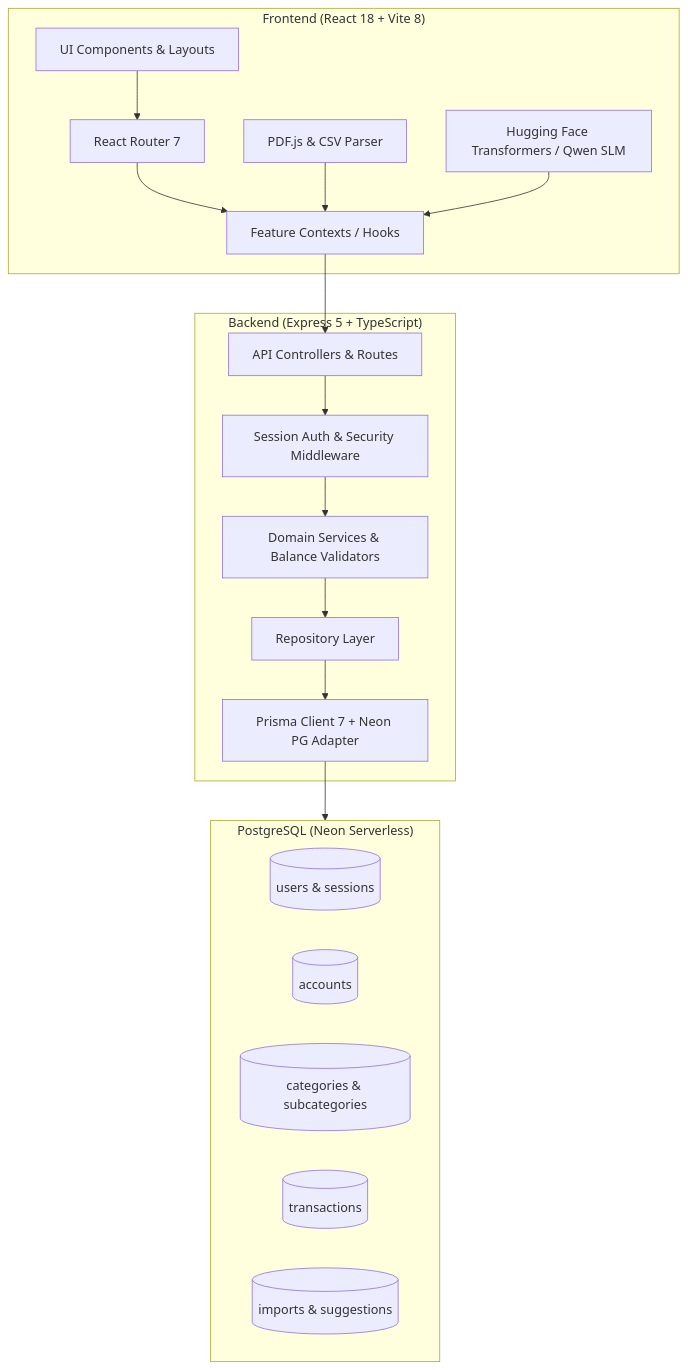
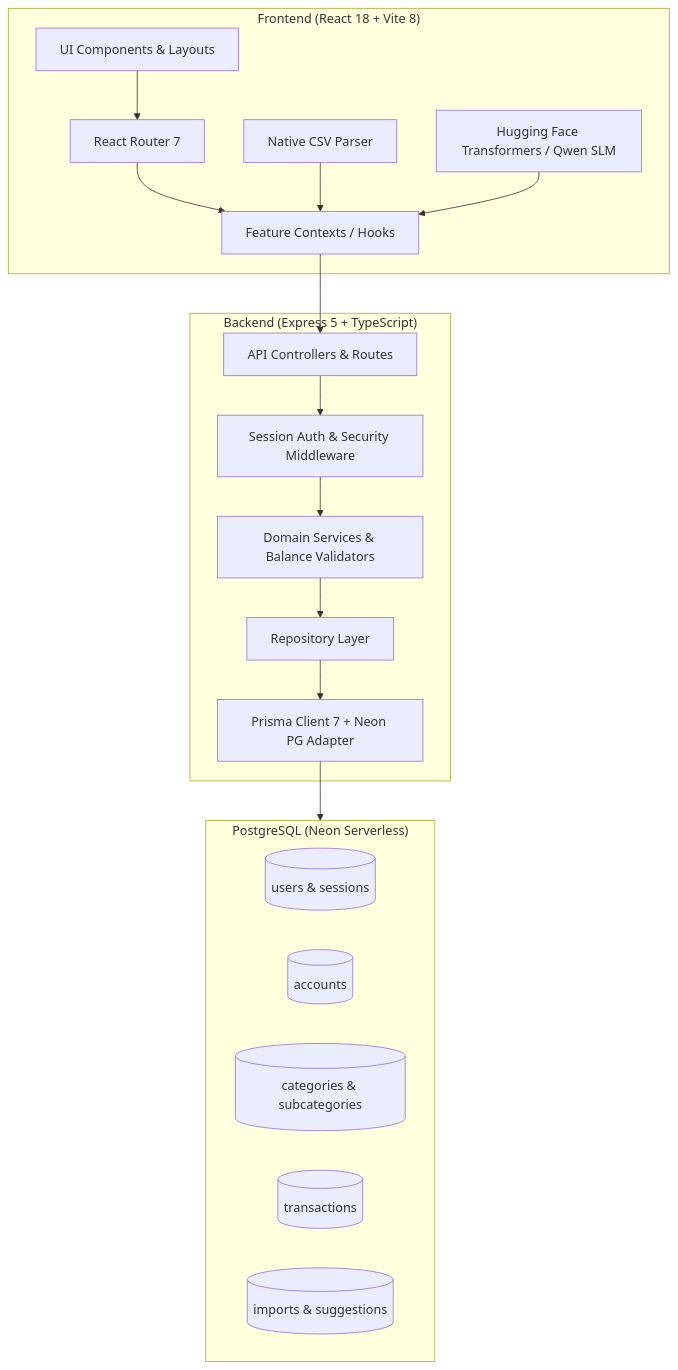
The first of 2 diagrams in README.md (Careers-Empowered/personal-finance-tracker), drawn with Mermaid before and after one commit. The commit also changed other lines of this file, not shown here.

````diff
--- a/README.md
+++ b/README.md
@@ -68,38 +66,38 @@
 ```mermaid
 graph TD
     subgraph Frontend ["Frontend (React 18 + Vite 8)"]
         UI[UI Components & Layouts]
         Router[React Router 7]
         State[Feature Contexts / Hooks]
         SLM[Hugging Face Transformers / Qwen SLM]
-        Parser[PDF.js & CSV Parser]
+        Parser[Native CSV Parser]
     end
 
     subgraph Backend ["Backend (Express 5 + TypeScript)"]
         API[API Controllers & Routes]
         Auth[Session Auth & Security Middleware]
         Domain[Domain Services & Balance Validators]
         Repo[Repository Layer]
         DBClient[Prisma Client 7 + Neon PG Adapter]
     end
 
     subgraph Database ["PostgreSQL (Neon Serverless)"]
         Users[(users & sessions)]
         Accounts[(accounts)]
         Categories[(categories & subcategories)]
         Transactions[(transactions)]
         Imports[(imports & suggestions)]
     end
 
     UI --> Router
     Router --> State
     State --> API
     Parser --> State
     SLM --> State
 
     API --> Auth
     Auth --> Domain
     Domain --> Repo
     Repo --> DBClient
     DBClient --> Database
 ```
````
